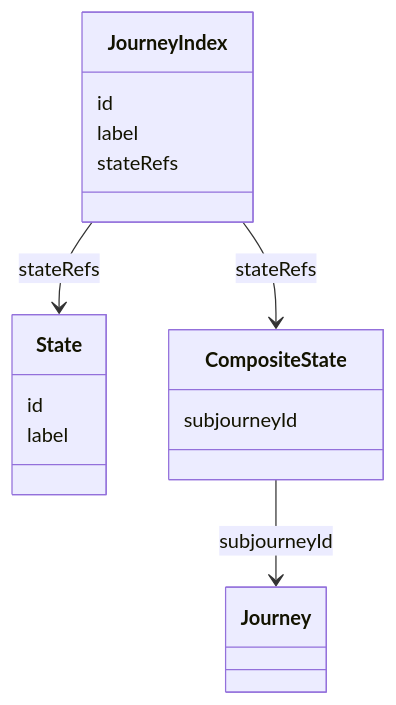
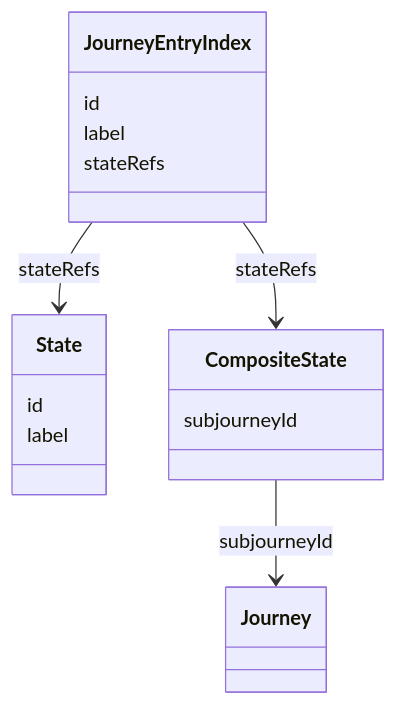
One commit to openuji/spec-ujg changed the fourth of 11 diagrams in specs/ed/graph/index.md. Above: the diagram before and after it, drawn with Mermaid. The commit also changed other lines of this file and 12 other files, not shown here.

Commit message:
rename journey index -> jounrey entry index

````diff
--- a/specs/ed/graph/index.md
+++ b/specs/ed/graph/index.md
@@ -223,21 +223,21 @@
 ```mermaid
 classDiagram
-  class JourneyIndex {
+  class JourneyEntryIndex {
     id
     label
     stateRefs
   }
 
   class State {
     id
     label
   }
 
   class CompositeState {
     subjourneyId
   }
 
-  JourneyIndex --> State : stateRefs
-  JourneyIndex --> CompositeState : stateRefs
+  JourneyEntryIndex --> State : stateRefs
+  JourneyEntryIndex --> CompositeState : stateRefs
   CompositeState --> Journey : subjourneyId
 ```
````
